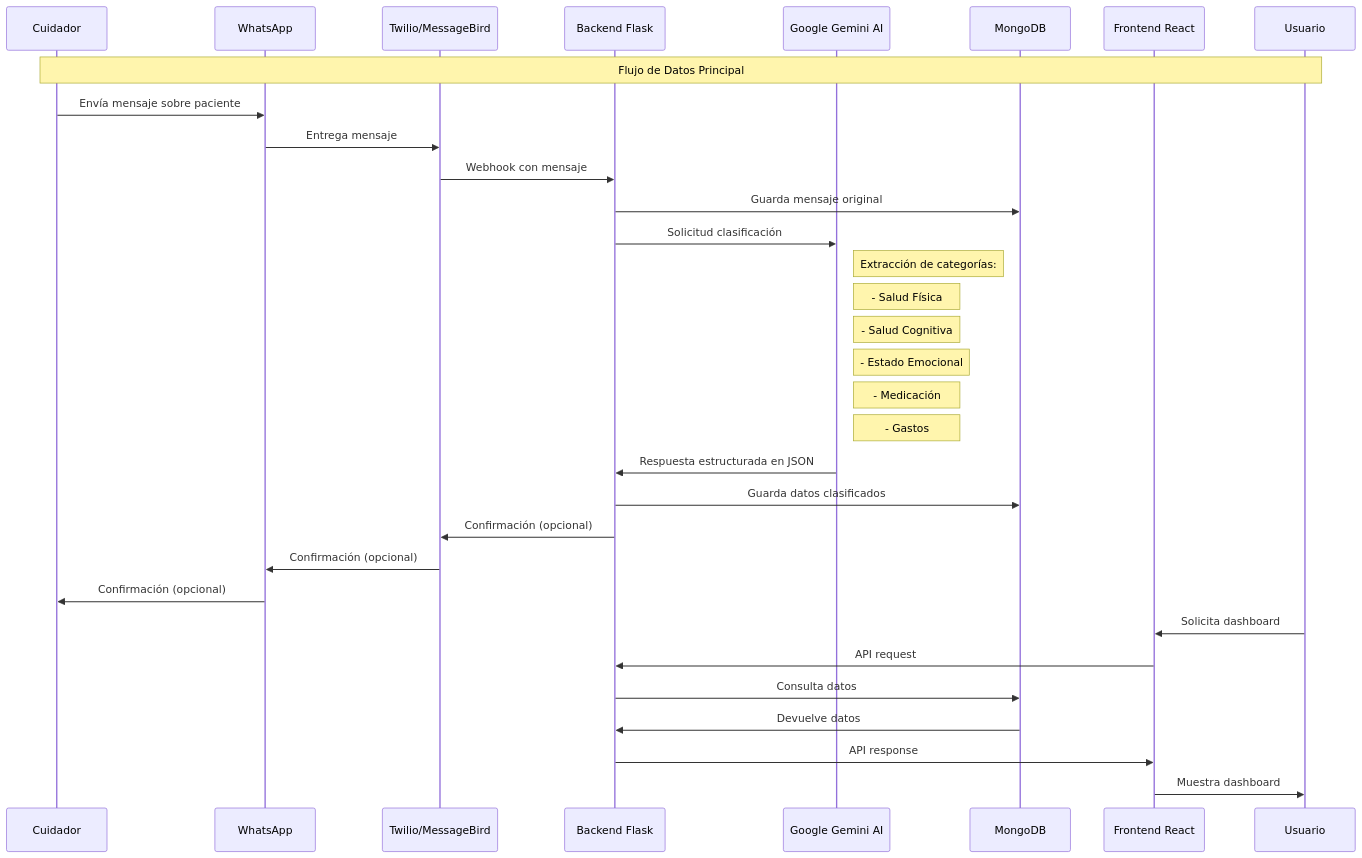
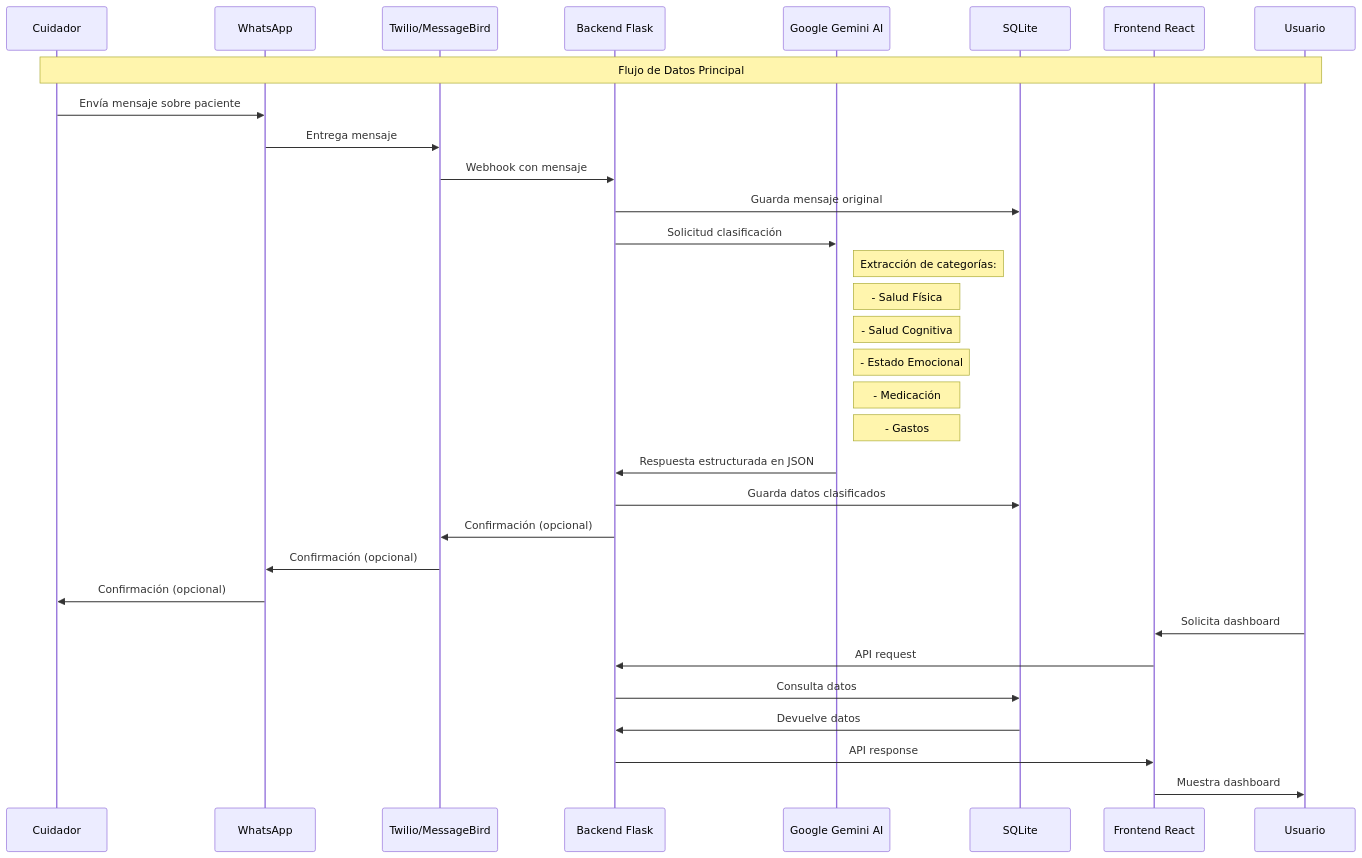
Before and after one commit to sandalio7/Serena: the diagram in docs/architecture/data_flow.md, drawn with Mermaid. The commit also changed 13 other files, not shown here.

````diff
--- a/docs/architecture/data_flow.md
+++ b/docs/architecture/data_flow.md
@@ -7,39 +7,39 @@
 ```mermaid
 sequenceDiagram
     participant Cuidador
     participant WhatsApp
     participant Twilio as Twilio/MessageBird
     participant Flask as Backend Flask
     participant Gemini as Google Gemini AI
-    participant MongoDB
+    participant SQLite
     participant React as Frontend React
     participant Usuario
 
     Note over Cuidador,Usuario: Flujo de Datos Principal
     
     Cuidador->>WhatsApp: Envía mensaje sobre paciente
     WhatsApp->>Twilio: Entrega mensaje
     Twilio->>Flask: Webhook con mensaje
-    Flask->>MongoDB: Guarda mensaje original
+    Flask->>SQLite: Guarda mensaje original
     Flask->>Gemini: Solicitud clasificación
     
     Note right of Gemini: Extracción de categorías:
     Note right of Gemini: - Salud Física
     Note right of Gemini: - Salud Cognitiva
     Note right of Gemini: - Estado Emocional
     Note right of Gemini: - Medicación
     Note right of Gemini: - Gastos
     
     Gemini->>Flask: Respuesta estructurada en JSON
-    Flask->>MongoDB: Guarda datos clasificados
+    Flask->>SQLite: Guarda datos clasificados
     Flask->>Twilio: Confirmación (opcional)
     Twilio->>WhatsApp: Confirmación (opcional)
     WhatsApp->>Cuidador: Confirmación (opcional)
     
     Usuario->>React: Solicita dashboard
     React->>Flask: API request
-    Flask->>MongoDB: Consulta datos
-    MongoDB->>Flask: Devuelve datos
+    Flask->>SQLite: Consulta datos
+    SQLite->>Flask: Devuelve datos
     Flask->>React: API response
     React->>Usuario: Muestra dashboard
 ```
````
